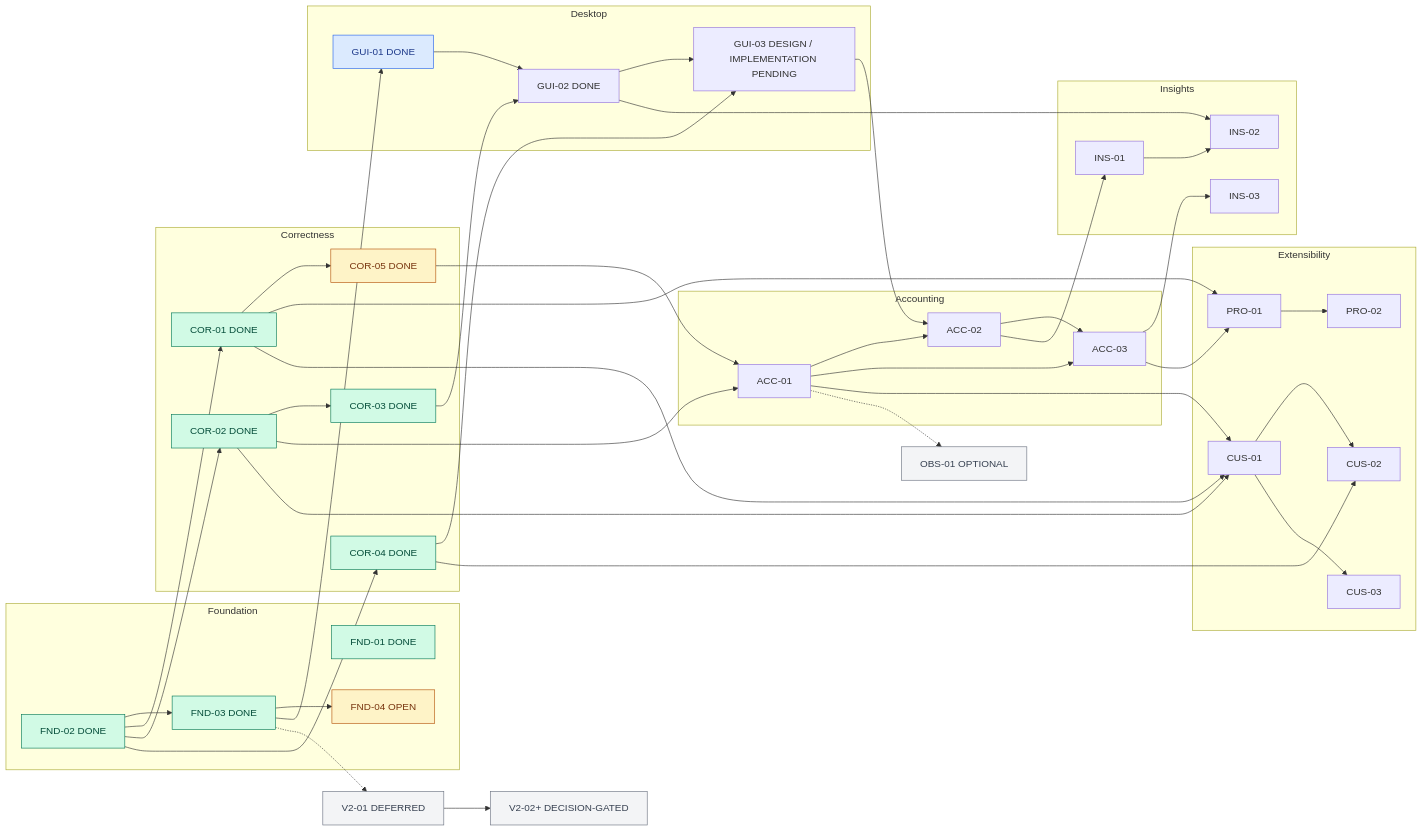
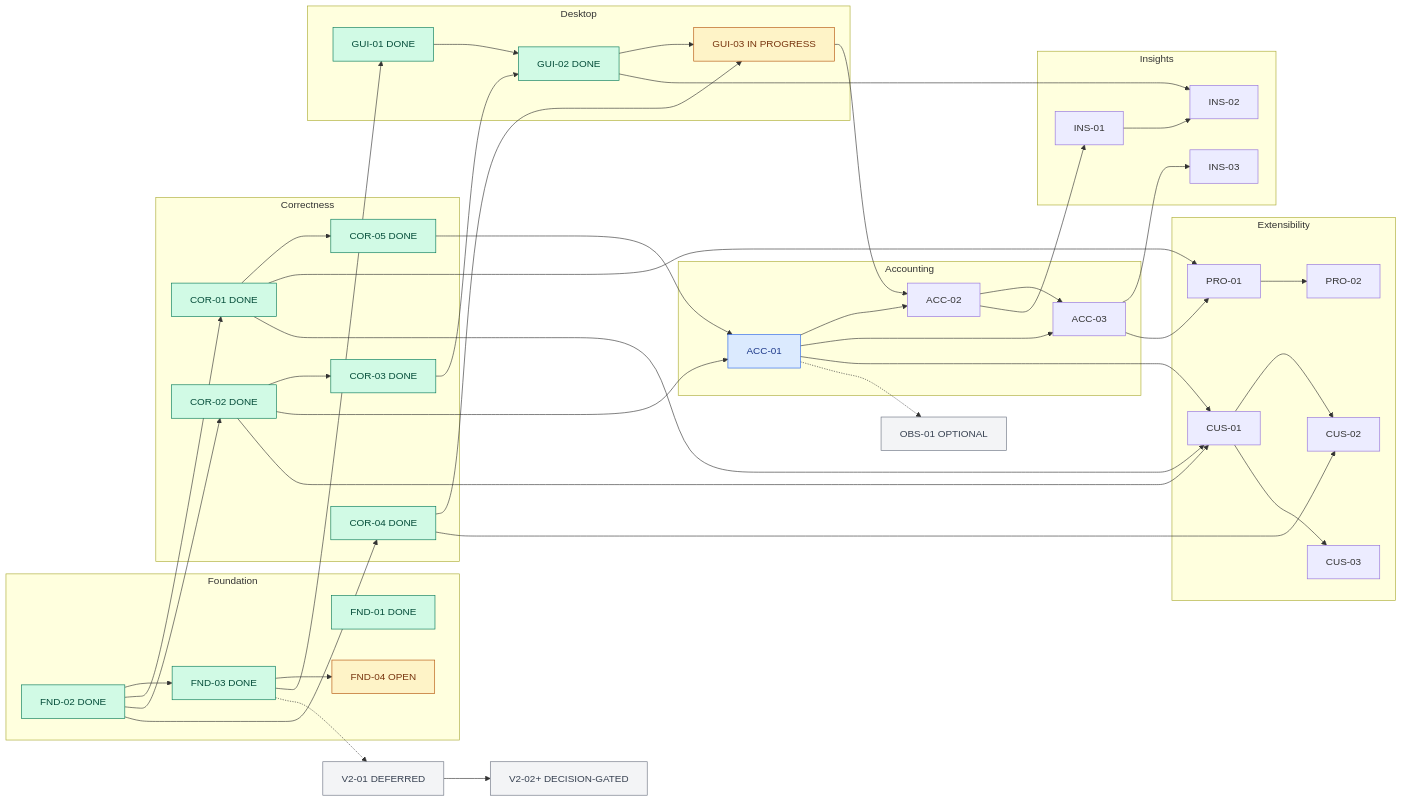
One commit to thanhndv212/opencode-quota changed the second of 2 diagrams in docs/UPSTREAM_DELIVERY_PLAN.md. Above: the diagram before and after it, drawn with Mermaid. The commit also changed other lines of this file and 39 other files, not shown here.

````diff
--- a/docs/UPSTREAM_DELIVERY_PLAN.md
+++ b/docs/UPSTREAM_DELIVERY_PLAN.md
@@ -178,58 +180,58 @@
 ```mermaid
 flowchart LR
   subgraph Foundation
     F01["FND-01 DONE"]
     F02["FND-02 DONE"] --> F03["FND-03 DONE"]
     F03 --> F04["FND-04 OPEN"]
   end
   subgraph Correctness
     F02 --> C01["COR-01 DONE"]
     F02 --> C02["COR-02 DONE"]
     C02 --> C03["COR-03 DONE"]
     F02 --> C04["COR-04 DONE"]
     C01 --> C05["COR-05 DONE"]
   end
   subgraph Desktop
     F03 --> G01["GUI-01 DONE"]
     G01 --> G02["GUI-02 DONE"]
     C03 --> G02
-    G02 --> G03["GUI-03 DESIGN / IMPLEMENTATION PENDING"]
+    G02 --> G03["GUI-03 IN PROGRESS"]
     C04 --> G03
   end
   subgraph Accounting
     C02 --> A01["ACC-01"]
     C05 --> A01
     A01 --> A02["ACC-02"]
     G03 --> A02
     A01 --> A03["ACC-03"]
     A02 --> A03
   end
   subgraph Insights
     A02 --> I01["INS-01"]
     I01 --> I02["INS-02"]
     G02 --> I02
     A03 --> I03["INS-03"]
   end
   subgraph Extensibility
     A03 --> P01["PRO-01"]
     C01 --> P01
     P01 --> P02["PRO-02"]
     A01 --> U01["CUS-01"]
     C01 --> U01
     C02 --> U01
     U01 --> U02["CUS-02"]
     C04 --> U02
     U01 --> U03["CUS-03"]
   end
   A01 -.-> O01["OBS-01 OPTIONAL"]
   F03 -.-> V01["V2-01 DEFERRED"]
   V01 --> V02["V2-02+ DECISION-GATED"]
   classDef done fill:#d1fae5,stroke:#047857,color:#064e3b;
   classDef active fill:#fef3c7,stroke:#b45309,color:#78350f;
   classDef ready fill:#dbeafe,stroke:#2563eb,color:#1e3a8a;
   classDef optional fill:#f3f4f6,stroke:#6b7280,color:#374151;
-  class F01,F02,F03,C01,C02,C03,C04 done;
-  class F04,C05 active;
-  class G01 ready;
+  class F01,F02,F03,C01,C02,C03,C04,C05,G01,G02 done;
+  class F04,G03 active;
+  class A01 ready;
   class O01,V01,V02 optional;
 ```
````
